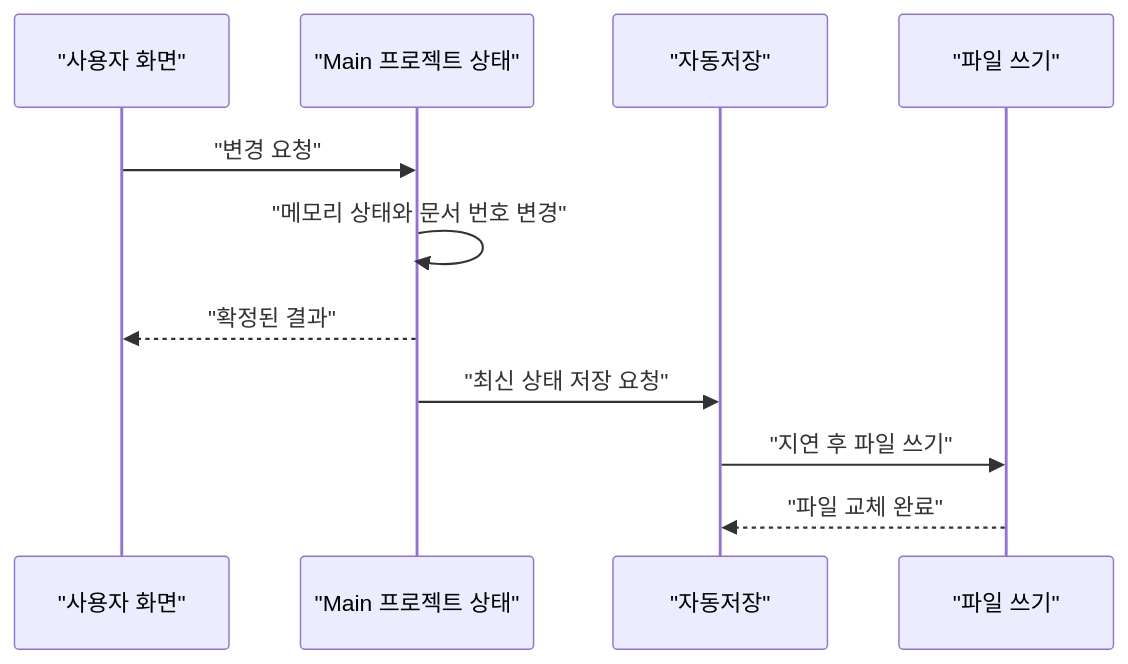
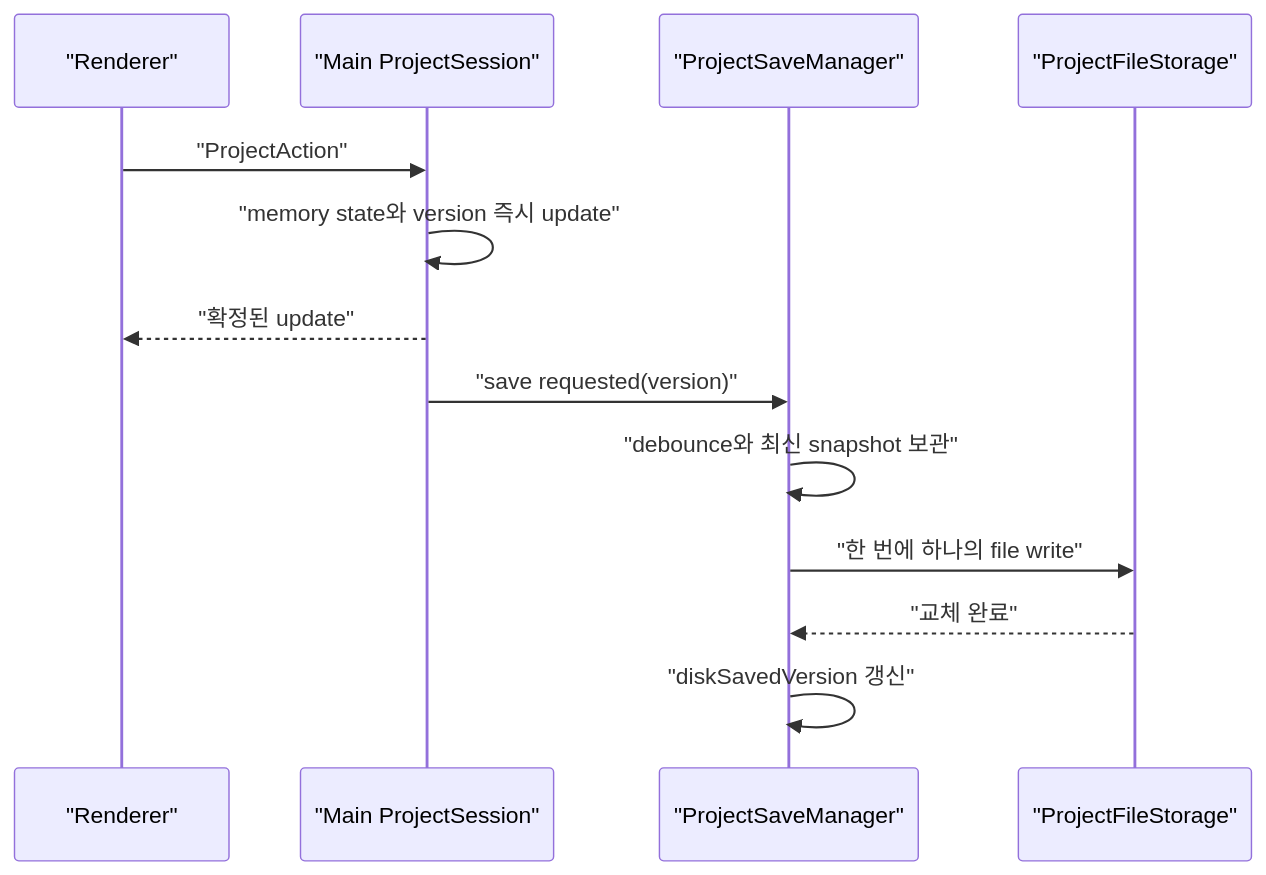
One commit to whizzkid1452/blog changed the diagram in content/posts/electron-main-process-autosave.md. Above: the diagram before and after it, drawn with Mermaid. The commit also changed other lines of this file and 5 other files, not shown here.

````diff
--- a/content/posts/electron-main-process-autosave.md
+++ b/content/posts/electron-main-process-autosave.md
@@ -62,14 +76,16 @@
 ```mermaid
 sequenceDiagram
-  participant R as "사용자 화면"
-  participant M as "Main 프로젝트 상태"
-  participant A as "자동저장"
-  participant F as "파일 쓰기"
+  participant R as "Renderer"
+  participant S as "Main ProjectSession"
+  participant M as "ProjectSaveManager"
+  participant F as "ProjectFileStorage"
 
-  R->>M: "변경 요청"
-  M->>M: "메모리 상태와 문서 번호 변경"
-  M-->>R: "확정된 결과"
-  M->>A: "최신 상태 저장 요청"
-  A->>F: "지연 후 파일 쓰기"
-  F-->>A: "파일 교체 완료"
+  R->>S: "ProjectAction"
+  S->>S: "memory state와 version 즉시 update"
+  S-->>R: "확정된 update"
+  S->>M: "save requested(version)"
+  M->>M: "debounce와 최신 snapshot 보관"
+  M->>F: "한 번에 하나의 file write"
+  F-->>M: "교체 완료"
+  M->>M: "diskSavedVersion 갱신"
 ```
````
